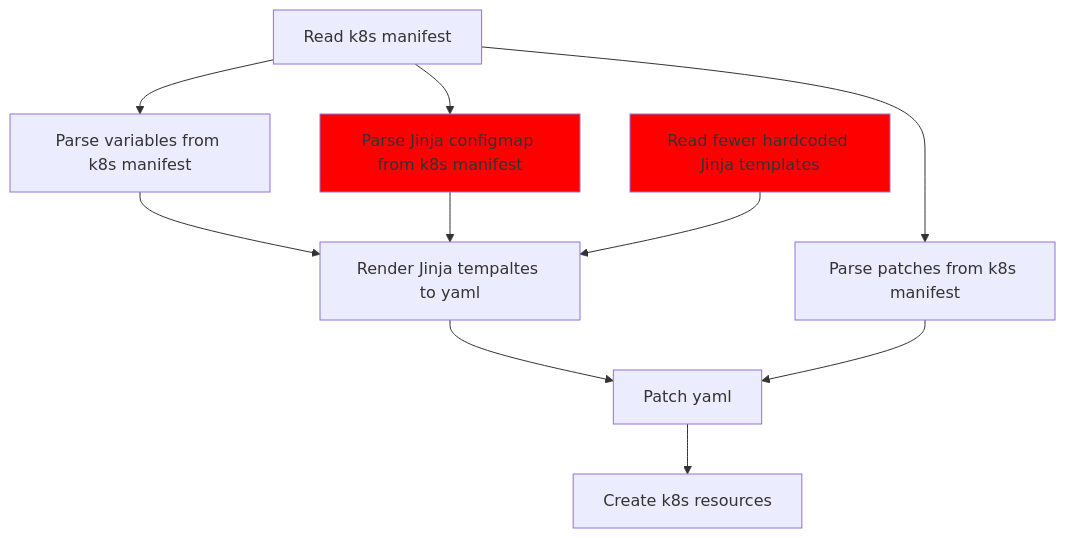
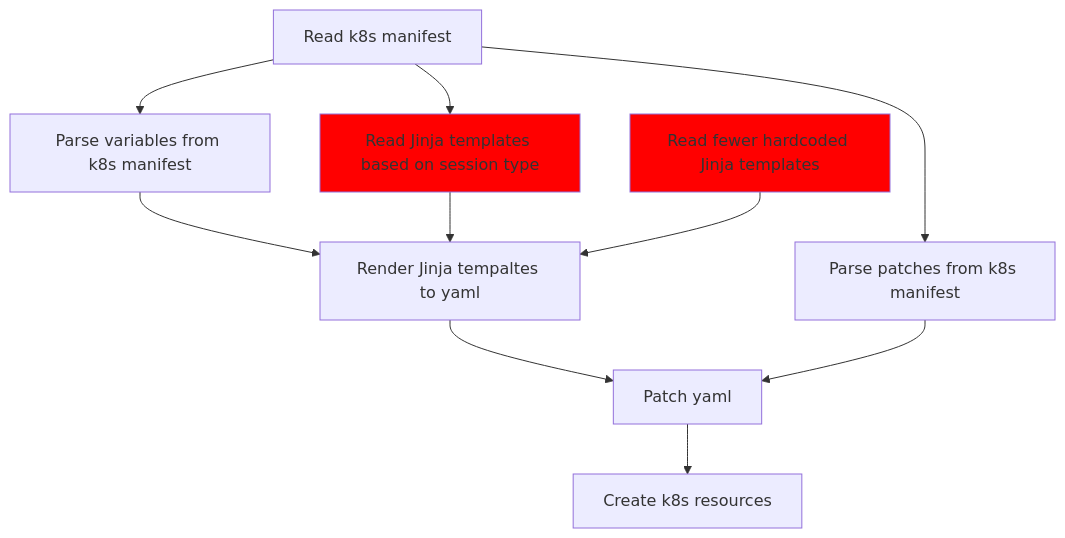
One commit to SwissDataScienceCenter/renku-design-docs changed the second of 2 diagrams in design/004-native-rstudio-sessions/004-native-rstudio-sessions.md. Above: the diagram before and after it, drawn with Mermaid. The commit also changed other lines of this file, not shown here.

````diff
--- a/design/004-native-rstudio-sessions/004-native-rstudio-sessions.md
+++ b/design/004-native-rstudio-sessions/004-native-rstudio-sessions.md
@@ -68,23 +67,23 @@
 ```mermaid
 graph TD
     style C1 fill:#f00
     style A2 fill:#f00
     A1[Read k8s manifest]
     A2[Read fewer hardcoded Jinja templates]
     B[Parse variables from k8s manifest]
     C[Parse patches from k8s manifest]
-    C1[Parse Jinja configmap from k8s manifest]
+    C1[Read Jinja templates based on session type]
     D[Render Jinja tempaltes to yaml]
     E[Patch yaml] 
     F[Create k8s resources]
     
     A1 --> B
     A1 --> C
     A1 --> C1
     B --> D
     C1 --> D
     A2 --> D
     D --> E
     C --> E
     E --> F
 ```
````
